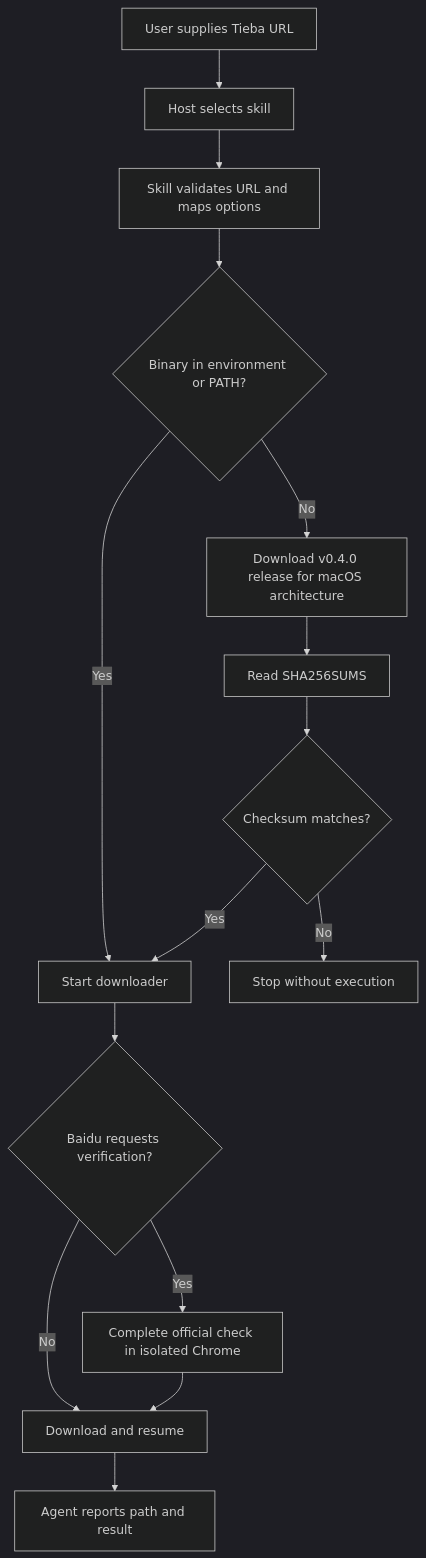
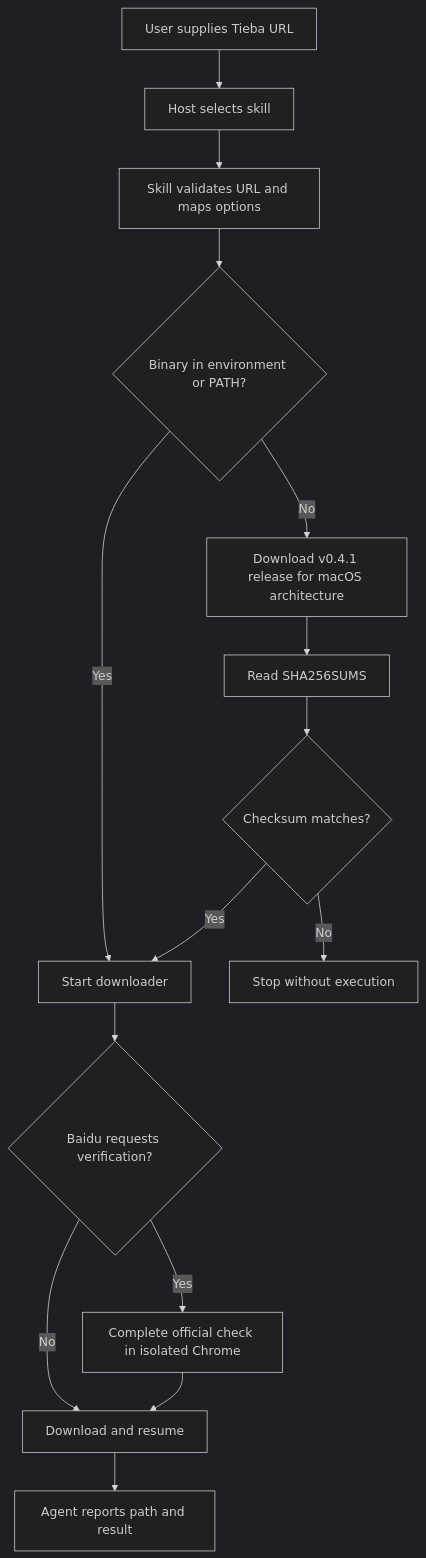
Before and after one commit to XieWeikai/tieba-image-downloader: the diagram in docs/plugin.en.md, drawn with Mermaid (dark theme). The commit also changed 7 other files, not shown here.

````diff
--- a/docs/plugin.en.md
+++ b/docs/plugin.en.md
@@ -60,17 +60,17 @@
 ```mermaid
 flowchart TD
     A[User supplies Tieba URL] --> B[Host selects skill]
     B --> C[Skill validates URL and maps options]
     C --> D{Binary in environment or PATH?}
     D -- Yes --> H[Start downloader]
-    D -- No --> E[Download v0.4.0 release for macOS architecture]
+    D -- No --> E[Download v0.4.1 release for macOS architecture]
     E --> F[Read SHA256SUMS]
     F --> G{Checksum matches?}
     G -- No --> X[Stop without execution]
     G -- Yes --> H
     H --> I{Baidu requests verification?}
     I -- Yes --> J[Complete official check in isolated Chrome]
     I -- No --> K[Download and resume]
     J --> K
     K --> L[Agent reports path and result]
 ```
````
